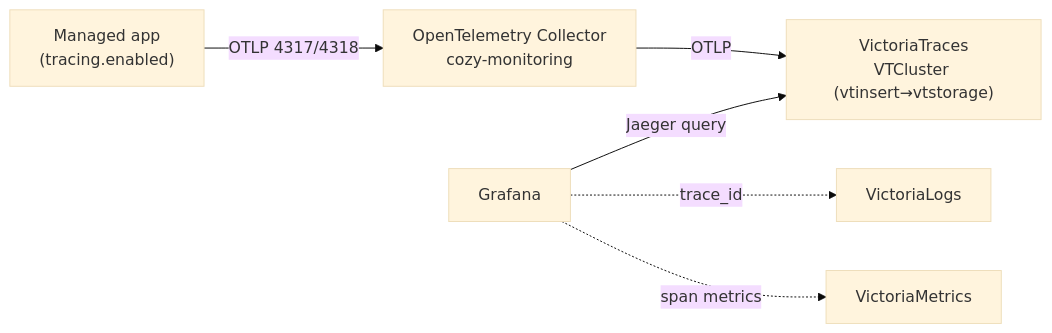
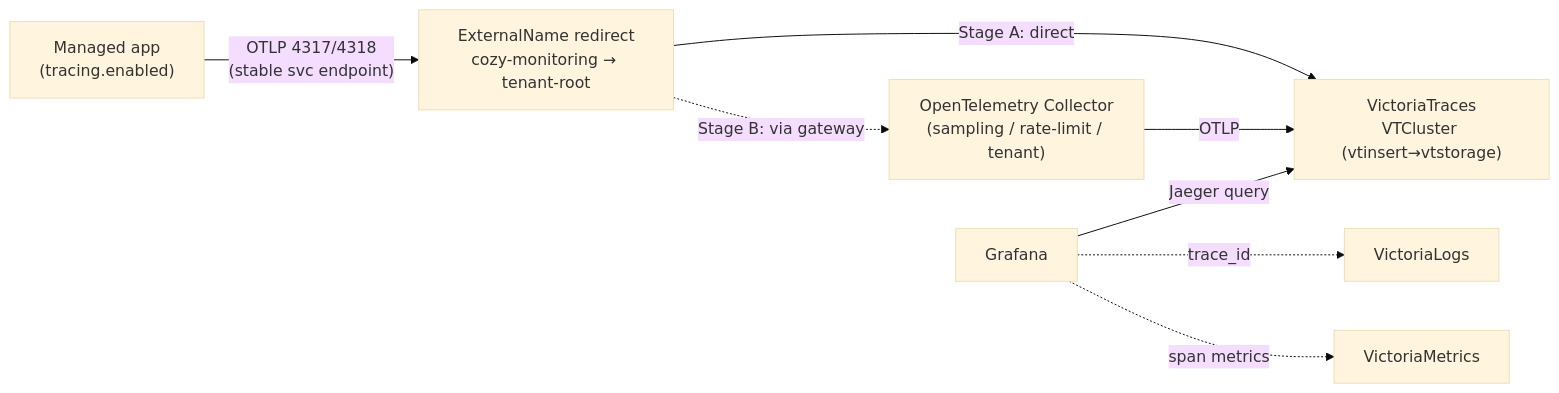
One commit to cozystack/community changed the diagram in design-proposals/distributed-tracing/README.md. Above: the diagram before and after it, drawn with Mermaid (base theme). The commit also changed other lines of this file, not shown here.

First line of the commit message:
Refine tracing design: staged A→B ingest grounded in current architecture

````diff
--- a/design-proposals/distributed-tracing/README.md
+++ b/design-proposals/distributed-tracing/README.md
@@ -150,8 +154,10 @@
 ```mermaid
 flowchart LR
-  app["Managed app<br/>(tracing.enabled)"] -- OTLP 4317/4318 --> col["OpenTelemetry Collector<br/>cozy-monitoring"]
-  col -- OTLP --> vt["VictoriaTraces<br/>VTCluster (vtinsert→vtstorage)"]
+  app["Managed app<br/>(tracing.enabled)"] -- "OTLP 4317/4318<br/>(stable svc endpoint)" --> ext["ExternalName redirect<br/>cozy-monitoring → tenant-root"]
+  ext -- "Stage A: direct" --> vt["VictoriaTraces<br/>VTCluster (vtinsert→vtstorage)"]
+  ext -. "Stage B: via gateway" .-> col["OpenTelemetry Collector<br/>(sampling / rate-limit / tenant)"]
+  col -- OTLP --> vt
   gr["Grafana"] -- Jaeger query --> vt
   gr -. trace_id .-> vl["VictoriaLogs"]
   gr -. span metrics .-> vm["VictoriaMetrics"]
 ```
````
